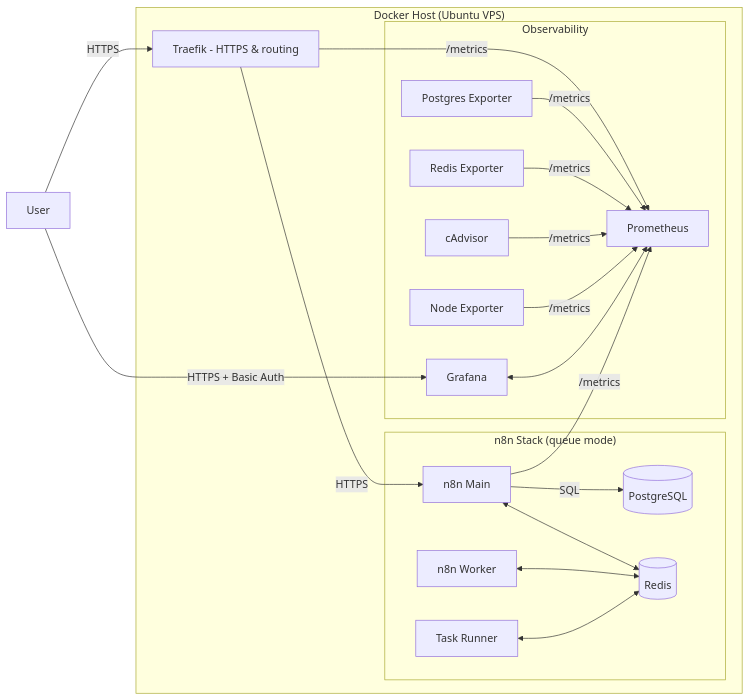
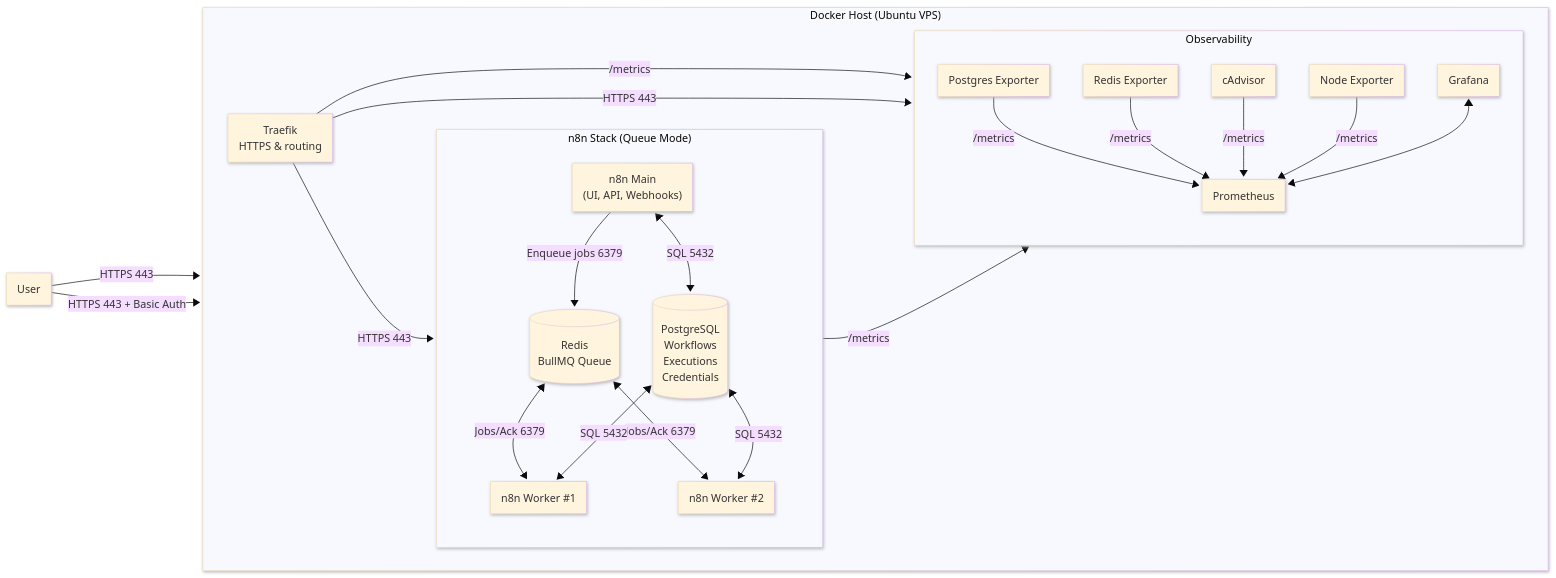
One commit to thenguyenvn90/n8n-observability changed the second of 3 diagrams in README.md. Above: the diagram before and after it, drawn with Mermaid.

````diff
--- a/README.md
+++ b/README.md
@@ -92,45 +92,67 @@
 ```mermaid
-graph LR
-  user[User]
+---
+config:
+  theme: base
+  look: neo
+---
+flowchart LR
+  user["User"]
 
   subgraph host["Docker Host (Ubuntu VPS)"]
-    traefik[Traefik - HTTPS & routing]
+    direction LR
 
-    subgraph n8n_stack["n8n Stack (queue mode)"]
-      main[n8n Main]
-      worker[n8n Worker]
-      runner[Task Runner]
-      postgres[(PostgreSQL)]
-      redis[(Redis)]
+    traefik["Traefik<br/>HTTPS & routing"]
+
+    %% ===== n8n Stack (Queue Mode) =====
+    subgraph n8n_stack["n8n Stack (Queue Mode)"]
+      direction LR
+      main["n8n Main<br/>(UI, API, Webhooks)"]
+
+      %% DB/Queue (Redis above Postgres)
+      direction TB
+      redis[("Redis<br/>BullMQ Queue")]
+      postgres[("PostgreSQL<br/>Workflows<br/>Executions<br/>Credentials")]
+
+      %% Workers
+      direction TB
+      worker1["n8n Worker #1"]
+      worker2["n8n Worker #2"]
     end
 
+    %% ===== Observability =====
     subgraph obs["Observability"]
-      prom[Prometheus]
-      grafana[Grafana]
-      pgexp[Postgres Exporter]
-      redexp[Redis Exporter]
-      cad[cAdvisor]
-      nodeexp[Node Exporter]
+      direction TB
+      prom["Prometheus"]
+      grafana["Grafana"]
+      pgexp["Postgres Exporter"]
+      redexp["Redis Exporter"]
+      cad["cAdvisor"]
+      nodeexp["Node Exporter"]
     end
   end
 
-  %% Traffic (labeled)
-  user -- HTTPS --> traefik
-  traefik -- HTTPS --> main
-  main -- SQL --> postgres
-  main <--> redis
-  worker <--> redis
-  runner <--> redis
+  %% ===== Traffic & App flows =====
+  user -->|HTTPS 443| traefik
+  traefik -->|HTTPS 443| main
 
-  %% Metrics
+  main -->|Enqueue jobs 6379| redis
+  main <-->|SQL 5432| postgres
+
+  redis <--> |Jobs/Ack 6379| worker1
+  redis <--> |Jobs/Ack 6379| worker2
+  postgres <--> |SQL 5432| worker1
+  postgres <--> |SQL 5432| worker2
+
+  %% ===== Metrics =====
   main -- /metrics --> prom
   traefik -- /metrics --> prom
   pgexp -- /metrics --> prom
   redexp -- /metrics --> prom
   cad -- /metrics --> prom
   nodeexp -- /metrics --> prom
+  grafana <--> prom
 
-  %% Dashboards
-  grafana <--> prom
-  user -- HTTPS + Basic Auth --> grafana
+  %% Grafana via Traefik
+  user -->|HTTPS 443 + Basic Auth| traefik
+  traefik -->|HTTPS 443| grafana
 ```
````
